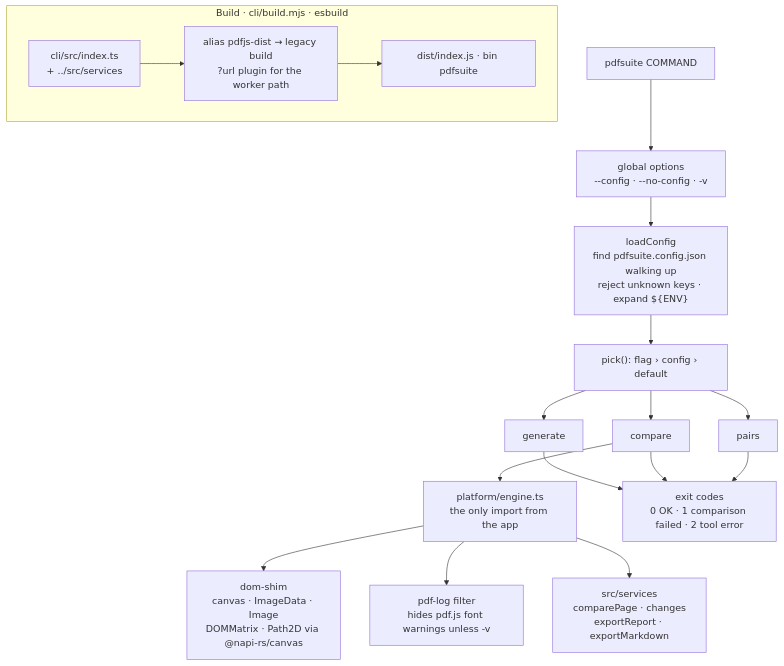
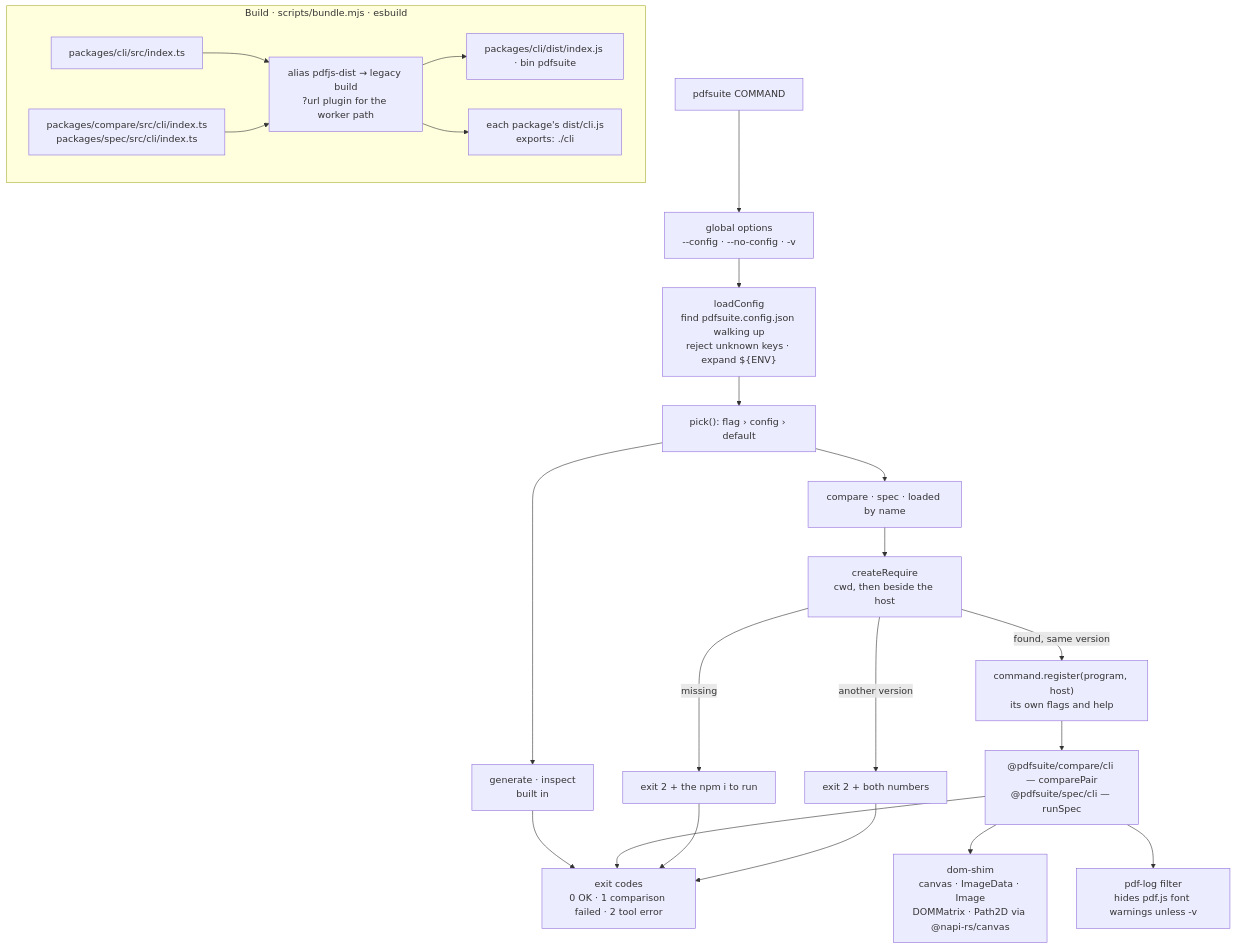
Before and after one commit to sid4861/pdf-testing-suite: diagram 14 of 26 in docs/ARCHITECTURE.md, drawn with Mermaid. The commit also changed other lines of this file and 345 other files, not shown here.

````diff
--- a/docs/ARCHITECTURE.md
+++ b/docs/ARCHITECTURE.md
@@ -526,16 +547,22 @@
 ```mermaid
 flowchart TB
-  subgraph BUILD["Build · cli/build.mjs · esbuild"]
-    B1["cli/src/index.ts<br/>+ ../src/services"] --> B2["alias pdfjs-dist → legacy build<br/>?url plugin for the worker path"]
-    B2 --> B3["dist/index.js · bin pdfsuite"]
+  subgraph BUILD["Build · scripts/bundle.mjs · esbuild"]
+    B1["packages/cli/src/index.ts"] --> B2["alias pdfjs-dist → legacy build<br/>?url plugin for the worker path"]
+    B2 --> B3["packages/cli/dist/index.js · bin pdfsuite"]
+    B4["packages/compare/src/cli/index.ts<br/>packages/spec/src/cli/index.ts"] --> B2
+    B2 --> B5["each package's dist/cli.js<br/>exports: ./cli"]
   end
   RUNX["pdfsuite COMMAND"] --> GLB["global options<br/>--config · --no-config · -v"]
   GLB --> CFG["loadConfig<br/>find pdfsuite.config.json walking up<br/>reject unknown keys · expand ${ENV}"]
   CFG --> PICK["pick(): flag › config › default"]
-  PICK --> GEN["generate"] & CMP["compare"] & PRS["pairs"]
-  CMP --> ENG["platform/engine.ts<br/>the only import from the app"]
-  ENG --> SHIM["dom-shim<br/>canvas · ImageData · Image<br/>DOMMatrix · Path2D via @napi-rs/canvas"]
-  ENG --> LOGF["pdf-log filter<br/>hides pdf.js font warnings unless -v"]
-  ENG --> SVC["src/services<br/>comparePage · changes<br/>exportReport · exportMarkdown"]
-  GEN & CMP & PRS --> EXIT["exit codes<br/>0 OK · 1 comparison failed · 2 tool error"]
+  PICK --> GEN["generate · inspect<br/>built in"] & DISC["compare · spec · loaded by name"]
+  DISC --> RES["createRequire<br/>cwd, then beside the host"]
+  RES -->|"found, same version"| REG["command.register(program, host)<br/>its own flags and help"]
+  RES -->|"missing"| X2A["exit 2 + the npm i to run"]
+  RES -->|"another version"| X2B["exit 2 + both numbers"]
+  REG --> MOD["@pdfsuite/compare/cli — comparePair<br/>@pdfsuite/spec/cli — runSpec"]
+  MOD --> SHIM["dom-shim<br/>canvas · ImageData · Image<br/>DOMMatrix · Path2D via @napi-rs/canvas"]
+  MOD --> LOGF["pdf-log filter<br/>hides pdf.js font warnings unless -v"]
+  GEN & MOD --> EXIT["exit codes<br/>0 OK · 1 comparison failed · 2 tool error"]
+  X2A & X2B --> EXIT
 ```
````
